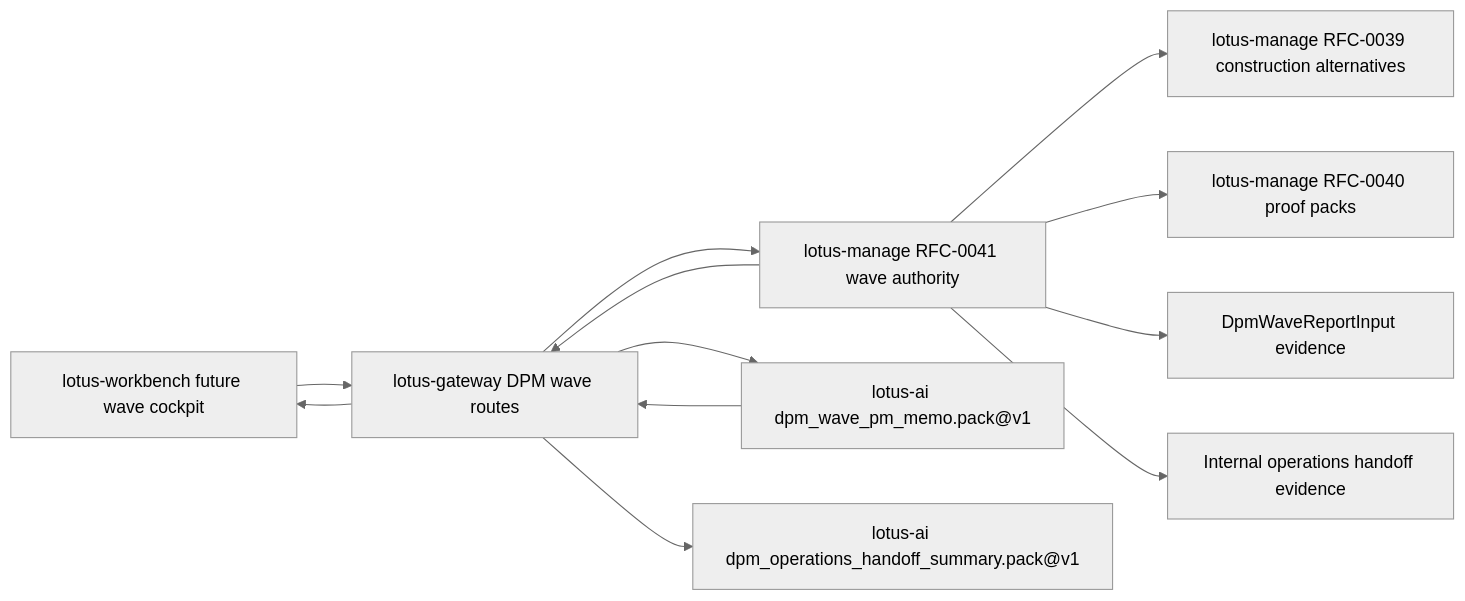
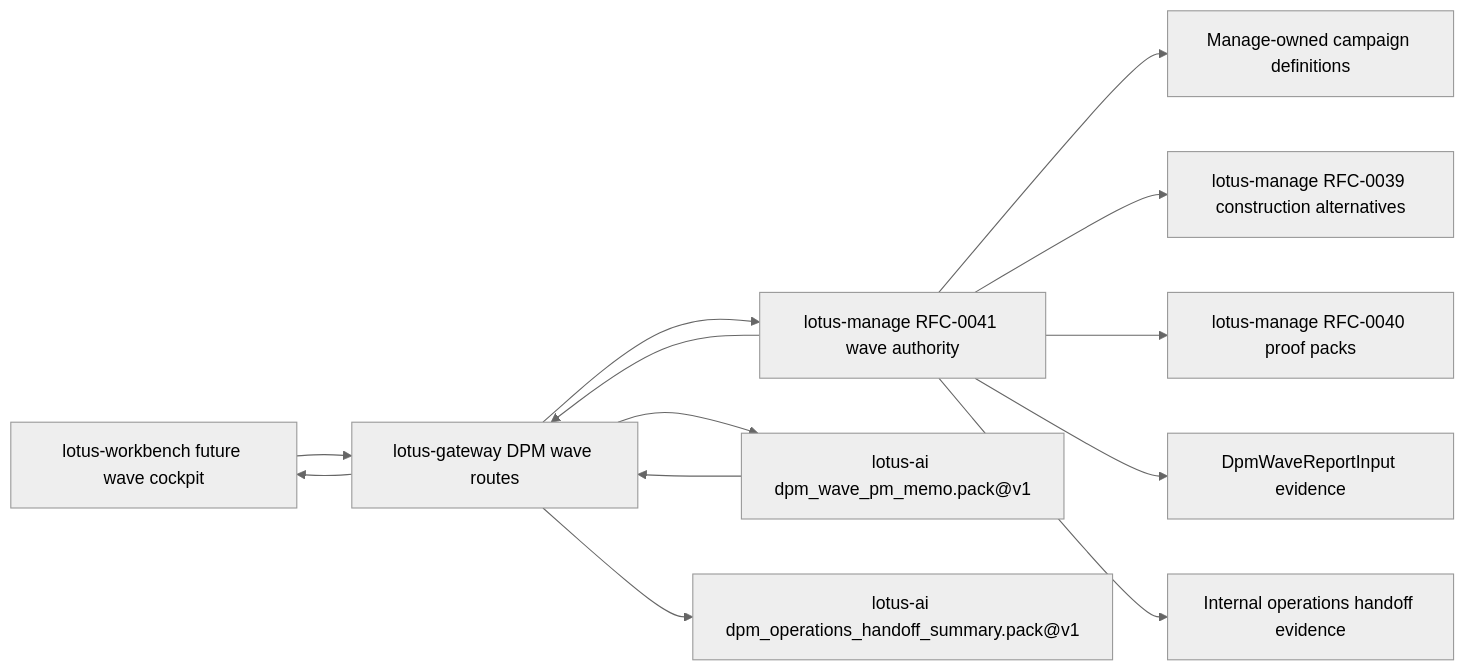
Before and after one commit to sgajbi/lotus-gateway: the fourth of 7 diagrams in wiki/Supported-Features.md, drawn with Mermaid (neutral theme). The commit also changed other lines of this file and 17 other files, not shown here.

````diff
--- a/wiki/Supported-Features.md
+++ b/wiki/Supported-Features.md
@@ -218,14 +225,15 @@
 ```mermaid
 flowchart LR
     Workbench[lotus-workbench future wave cockpit] --> Gateway[lotus-gateway DPM wave routes]
     Gateway --> Manage[lotus-manage RFC-0041 wave authority]
     Gateway --> AI[lotus-ai dpm_wave_pm_memo.pack@v1]
     Gateway --> OpsAI[lotus-ai dpm_operations_handoff_summary.pack@v1]
+    Manage --> Campaigns[Manage-owned campaign definitions]
     Manage --> Construction[lotus-manage RFC-0039 construction alternatives]
     Manage --> Proof[lotus-manage RFC-0040 proof packs]
     Manage --> ReportInput[DpmWaveReportInput evidence]
     Manage --> Ops[Internal operations handoff evidence]
     Manage --> Gateway
     AI --> Gateway
     Gateway --> Workbench
 ```
````
